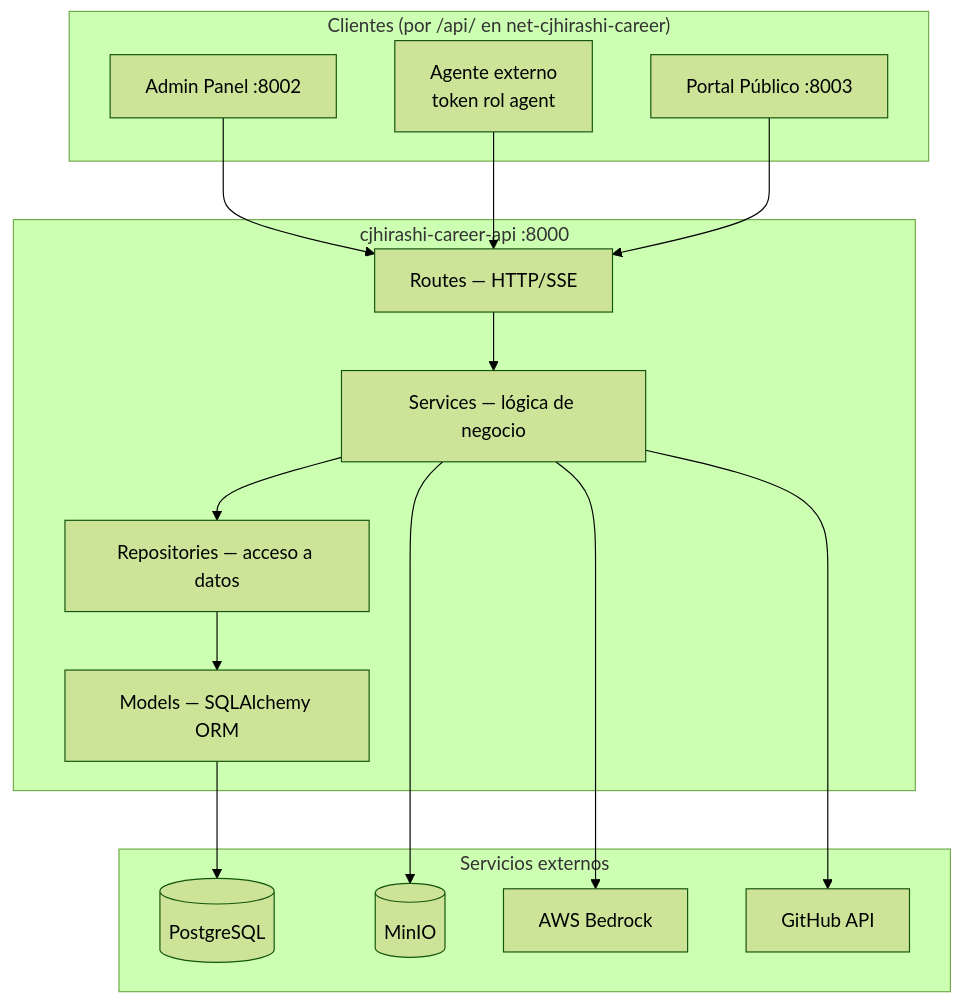
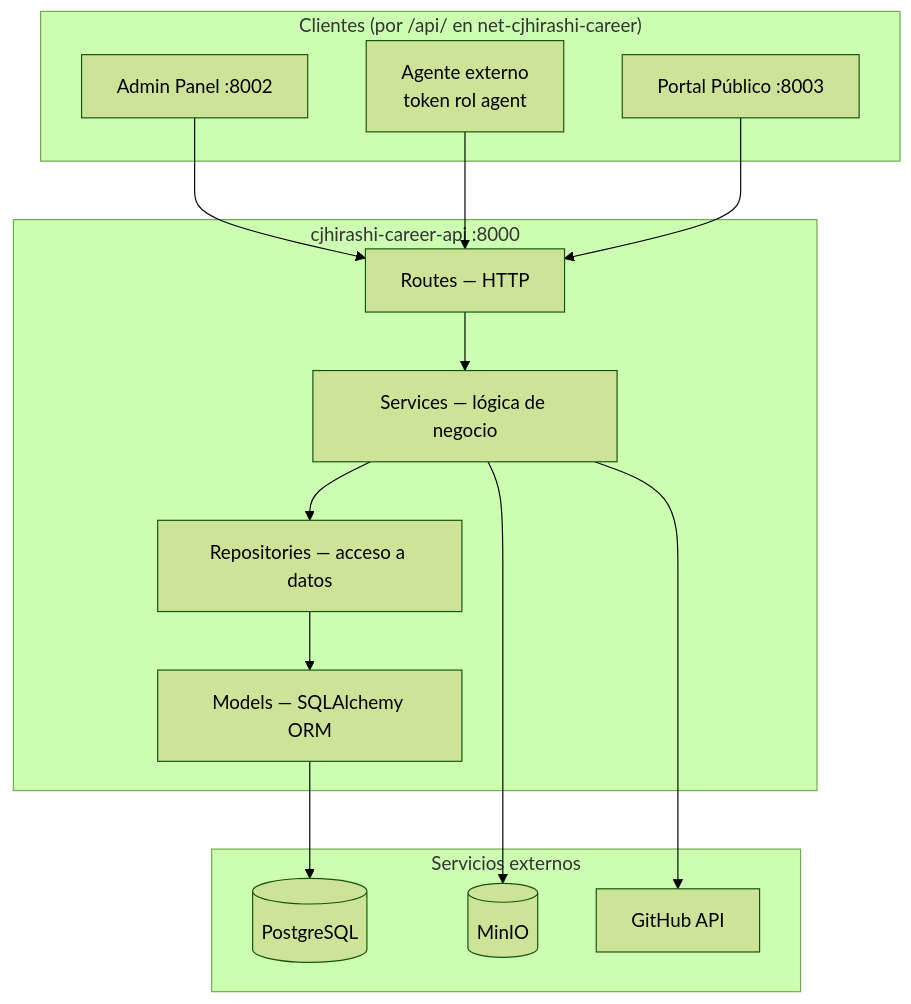
The first of 4 diagrams in cjhirashi-career-api/docs/ARCHITECTURE.md (cjhirashi/cjhirashi-career), drawn with Mermaid (forest theme) before and after one commit. The commit also changed other lines of this file and 82 other files, not shown here.

````diff
--- a/cjhirashi-career-api/docs/ARCHITECTURE.md
+++ b/cjhirashi-career-api/docs/ARCHITECTURE.md
@@ -48,33 +45,31 @@
 ```mermaid
 graph TD
     subgraph Clients["Clientes (por /api/ en net-cjhirashi-career)"]
         Admin[Admin Panel :8002]
         Portal[Portal Público :8003]
         Agent[Agente externo<br/>token rol agent]
     end
 
     subgraph API["cjhirashi-career-api :8000"]
-        Routes[Routes — HTTP/SSE]
+        Routes[Routes — HTTP]
         Services[Services — lógica de negocio]
         Repos[Repositories — acceso a datos]
         Models[Models — SQLAlchemy ORM]
     end
 
     subgraph External["Servicios externos"]
         PG[(PostgreSQL)]
         MinIO[(MinIO)]
-        AWS[AWS Bedrock]
         GH[GitHub API]
     end
 
     Admin --> Routes
     Agent --> Routes
     Portal --> Routes
     Routes --> Services
     Services --> Repos
     Repos --> Models
     Models --> PG
     Services --> MinIO
-    Services --> AWS
     Services --> GH
 ```
````
